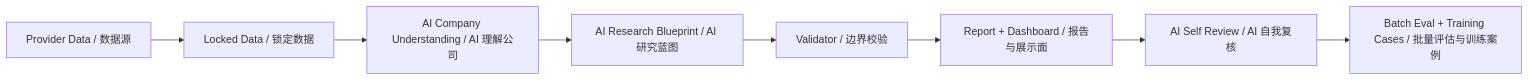
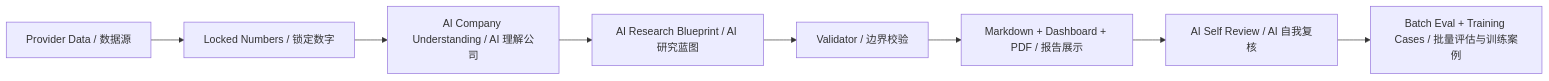
The diagram in README.md (CruiseCao13/openbb-company-research-tool), drawn with Mermaid before and after one commit. The commit also changed other lines of this file and 90 other files, not shown here.

````diff
--- a/README.md
+++ b/README.md
@@ -24,10 +30,10 @@
 ```mermaid
 flowchart LR
-  A["Provider Data / 数据源"] --> B["Locked Data / 锁定数据"]
+  A["Provider Data / 数据源"] --> B["Locked Numbers / 锁定数字"]
   B --> C["AI Company Understanding / AI 理解公司"]
   C --> D["AI Research Blueprint / AI 研究蓝图"]
   D --> E["Validator / 边界校验"]
-  E --> F["Report + Dashboard / 报告与展示面"]
+  E --> F["Markdown + Dashboard + PDF / 报告展示"]
   F --> G["AI Self Review / AI 自我复核"]
   G --> H["Batch Eval + Training Cases / 批量评估与训练案例"]
 ```
````
